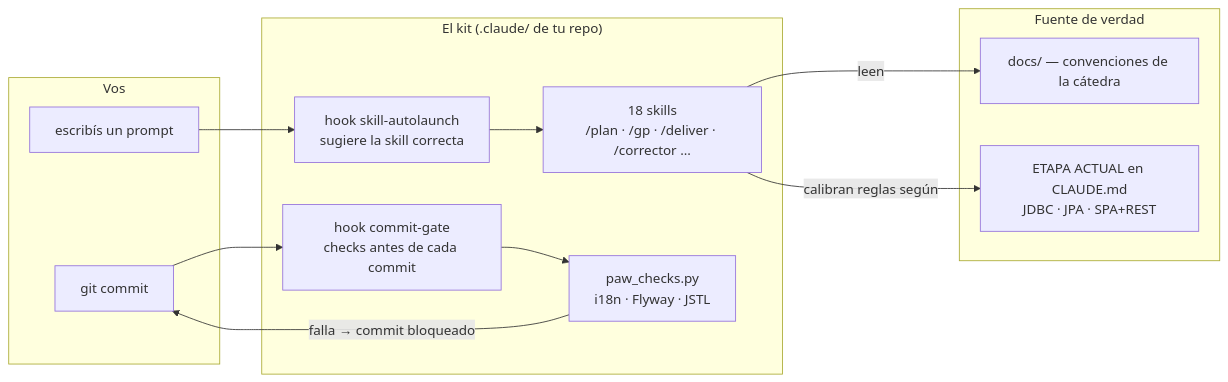
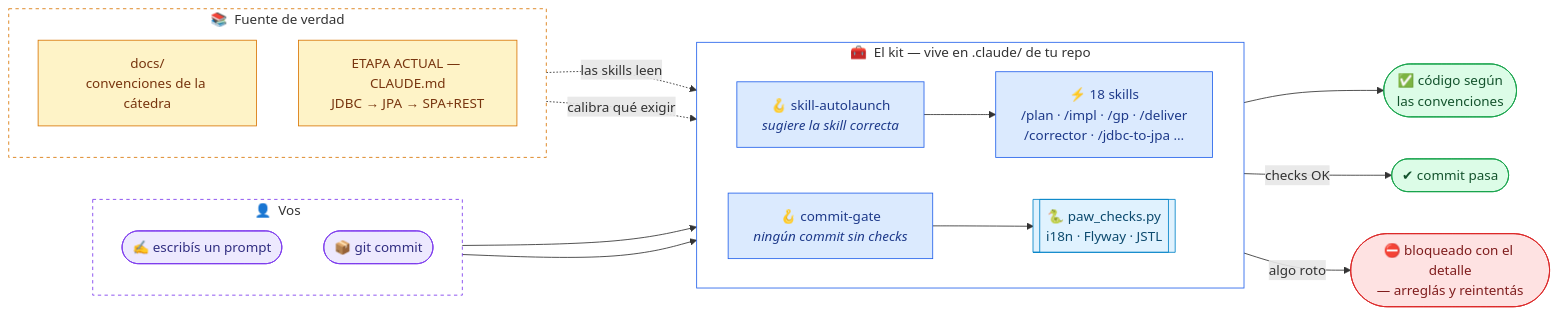
The first of 4 diagrams in README.md (SebasCaules/PAW-AgenticCoding-Kit), drawn with Mermaid before and after one commit. The commit also changed other lines of this file, not shown here.

````diff
--- a/README.md
+++ b/README.md
@@ -27,25 +34,52 @@
 ```mermaid
 flowchart LR
-    subgraph VOS["Vos"]
-        P["escribís un prompt"]
-        G["git commit"]
+    subgraph VOS["👤&nbsp;&nbsp;Vos"]
+        direction TB
+        P(["✍️ escribís un prompt"])
+        G(["📦 git commit"])
     end
 
-    subgraph KIT["El kit (.claude/ de tu repo)"]
-        SA["hook skill-autolaunch<br/>sugiere la skill correcta"]
-        SK["18 skills<br/>/plan · /gp · /deliver · /corrector ..."]
-        CG["hook commit-gate<br/>checks antes de cada commit"]
-        PC["paw_checks.py<br/>i18n · Flyway · JSTL"]
+    subgraph FUENTE["📚&nbsp;&nbsp;Fuente de verdad"]
+        direction TB
+        D["docs/<br/>convenciones de la cátedra"]
+        E["ETAPA ACTUAL — CLAUDE.md<br/>JDBC → JPA → SPA+REST"]
     end
 
-    subgraph FUENTES["Fuente de verdad"]
-        D["docs/ — convenciones de la cátedra"]
-        E["ETAPA ACTUAL en CLAUDE.md<br/>JDBC · JPA · SPA+REST"]
+    subgraph KIT["🧰&nbsp;&nbsp;El kit — vive en .claude/ de tu repo"]
+        direction LR
+        SA["🪝 skill-autolaunch<br/><i>sugiere la skill correcta</i>"]
+        SK["⚡ 18 skills<br/>/plan · /impl · /gp · /deliver<br/>/corrector · /jdbc-to-jpa …"]
+        CG["🪝 commit-gate<br/><i>ningún commit sin checks</i>"]
+        PC[["🐍 paw_checks.py<br/>i18n · Flyway · JSTL"]]
+        SA --> SK
+        CG --> PC
     end
 
-    P --> SA --> SK
-    SK -- leen --> D
-    SK -- calibran reglas según --> E
-    G --> CG --> PC
-    PC -- "falla → commit bloqueado" --> G
+    RES(["✅ código según<br/>las convenciones"])
+    OK(["✔ commit pasa"])
+    NO(["⛔ bloqueado con el detalle<br/>— arreglás y reintentás"])
+
+    P --> SA
+    G --> CG
+    D -. "las skills leen" .-> SK
+    E -. "calibra qué exigir" .-> SK
+    SK --> RES
+    PC -- "checks OK" --> OK
+    PC -- "algo roto" --> NO
+
+    classDef vos fill:#EDE9FE,stroke:#7C3AED,color:#312E81
+    classDef kit fill:#DBEAFE,stroke:#2563EB,color:#1E3A8A
+    classDef checks fill:#E0F2FE,stroke:#0284C7,color:#0C4A6E
+    classDef fuente fill:#FEF3C7,stroke:#D97706,color:#78350F
+    classDef ok fill:#DCFCE7,stroke:#16A34A,color:#14532D
+    classDef bad fill:#FEE2E2,stroke:#DC2626,color:#7F1D1D
+    class P,G vos
+    class SA,SK,CG kit
+    class PC checks
+    class D,E fuente
+    class RES,OK ok
+    class NO bad
+    style VOS fill:transparent,stroke:#7C3AED,stroke-dasharray:4 4
+    style KIT fill:transparent,stroke:#2563EB
+    style FUENTE fill:transparent,stroke:#D97706,stroke-dasharray:4 4
 ```
````
